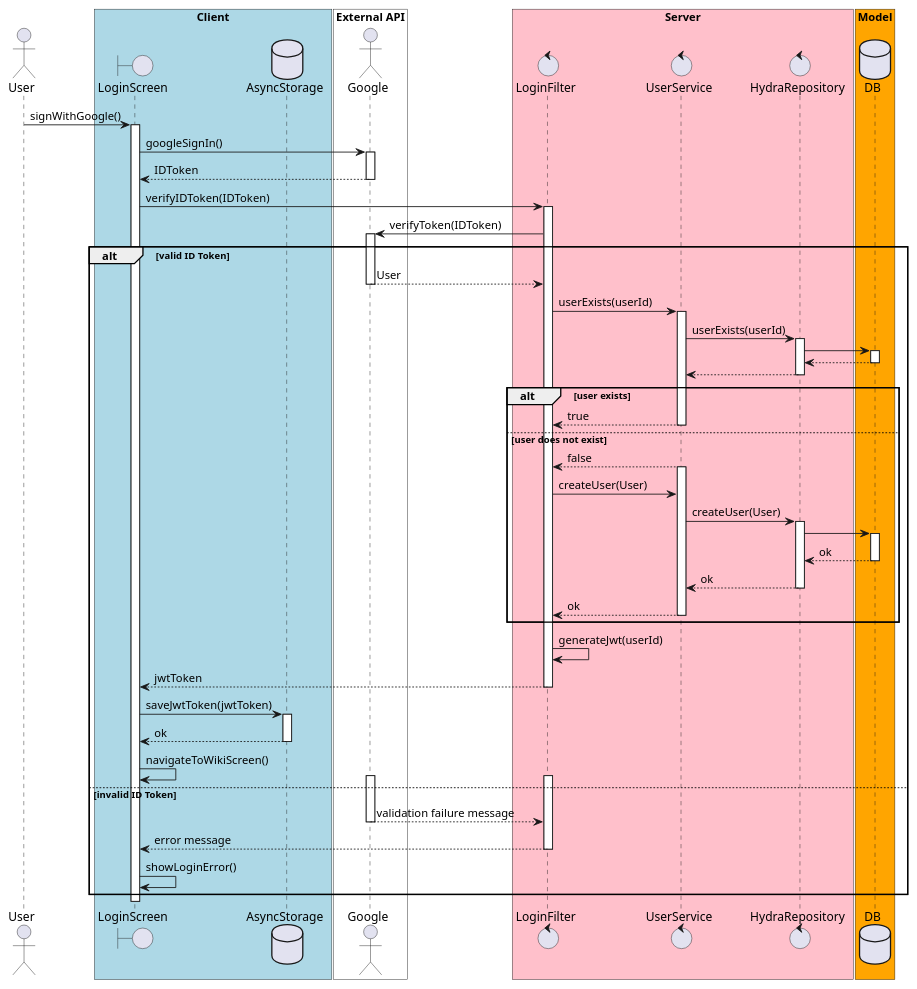
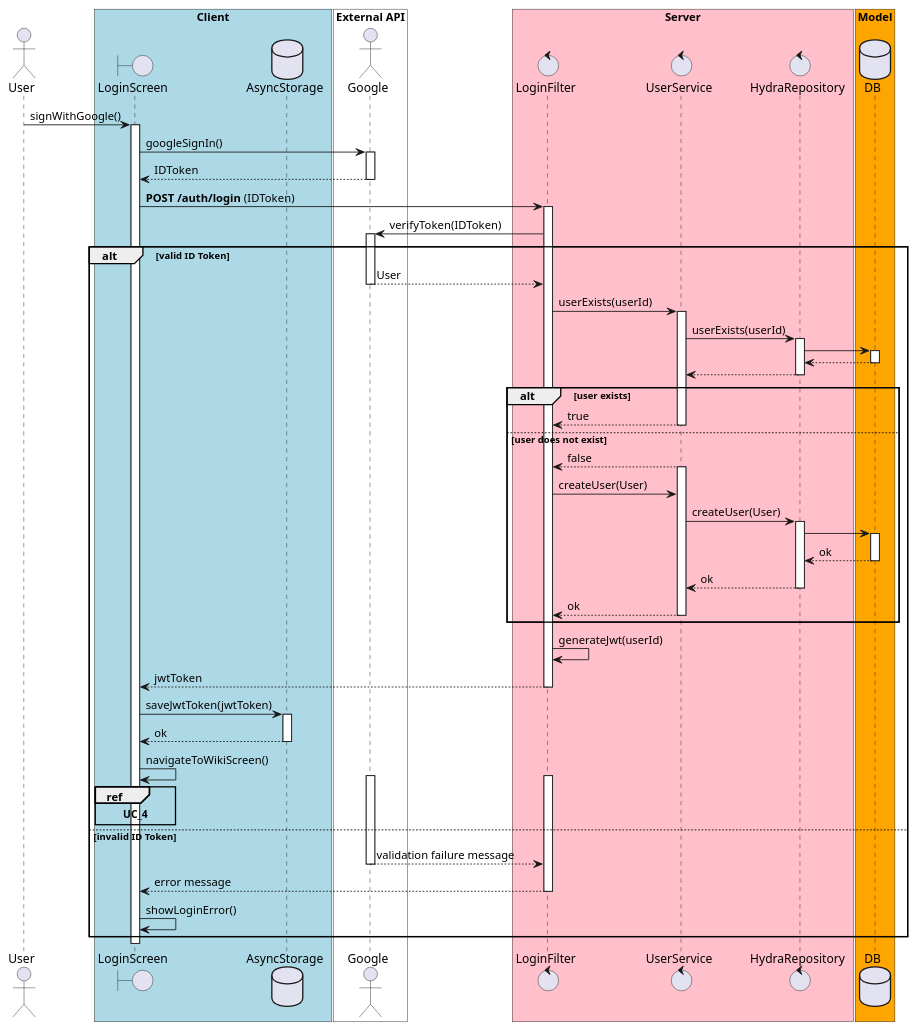
The diagram in sequence_diagram_login.puml (poznas/hydra-aimo), drawn with PlantUML before and after one commit. The commit also changed 8 other files, not shown here.

Commit message:
add UC_2, UC_3, UC_4 sequence diagram

```diff
--- a/sequence_diagram_login.puml
+++ b/sequence_diagram_login.puml
@@ -1,100 +1,102 @@
 @startuml
 actor User
 actor Google
 database AsyncStorage
 boundary LoginScreen
 control LoginFilter
 control UserService
 control HydraRepository
 database DB
 
 User -> LoginScreen : signWithGoogle()
 activate LoginScreen
 LoginScreen -> Google : googleSignIn()
 
 activate Google
 Google --> LoginScreen: IDToken
 deactivate Google
-LoginScreen -> LoginFilter: verifyIDToken(IDToken)
+LoginScreen -> LoginFilter: **POST /auth/login** (IDToken)
 activate LoginFilter
 LoginFilter -> Google: verifyToken(IDToken)
 
 
 alt valid ID Token 
 activate Google
 Google --> LoginFilter : User
 deactivate Google
 LoginFilter -> UserService : userExists(userId)
 activate UserService
 UserService -> HydraRepository : userExists(userId)
 activate HydraRepository
 HydraRepository -> DB 
 activate DB
 DB --> HydraRepository
 deactivate DB
 HydraRepository --> UserService
 deactivate HydraRepository
 
 alt user exists
 UserService --> LoginFilter : true
 deactivate UserService
 
 else user does not exist
 
 UserService --> LoginFilter : false
 activate UserService
 
 LoginFilter -> UserService : createUser(User)
 UserService -> HydraRepository : createUser(User)
 activate HydraRepository
 HydraRepository -> DB
 activate DB
 DB --> HydraRepository : ok
 deactivate DB
 HydraRepository --> UserService : ok
 deactivate HydraRepository
 UserService --> LoginFilter : ok
 deactivate UserService
 end
 
 LoginFilter -> LoginFilter: generateJwt(userId)
 LoginFilter --> LoginScreen : jwtToken
 deactivate LoginFilter
 collections AsyncStorage
 LoginScreen -> AsyncStorage: saveJwtToken(jwtToken)
 activate AsyncStorage
 AsyncStorage --> LoginScreen : ok
 deactivate AsyncStorage
 LoginScreen -> LoginScreen : navigateToWikiScreen()
 
+ref over LoginScreen : **UC_4** 
+
 
 else invalid ID Token 
 activate Google
 activate LoginFilter
 Google --> LoginFilter : validation failure message
 deactivate Google
 LoginFilter --> LoginScreen : error message
 deactivate LoginFilter
 LoginScreen -> LoginScreen : showLoginError()
 end
 
 box "Client" #LightBlue
    participant LoginScreen
    participant AsyncStorage
 end box
 
 box "External API" #White
    participant Google
 end box
 
 box "Server" #Pink
    participant LoginFilter
    participant UserService
    participant HydraRepository
 end box
 
 box "Model" #Orange
    participant DB
 end box
 
 @enduml
```
